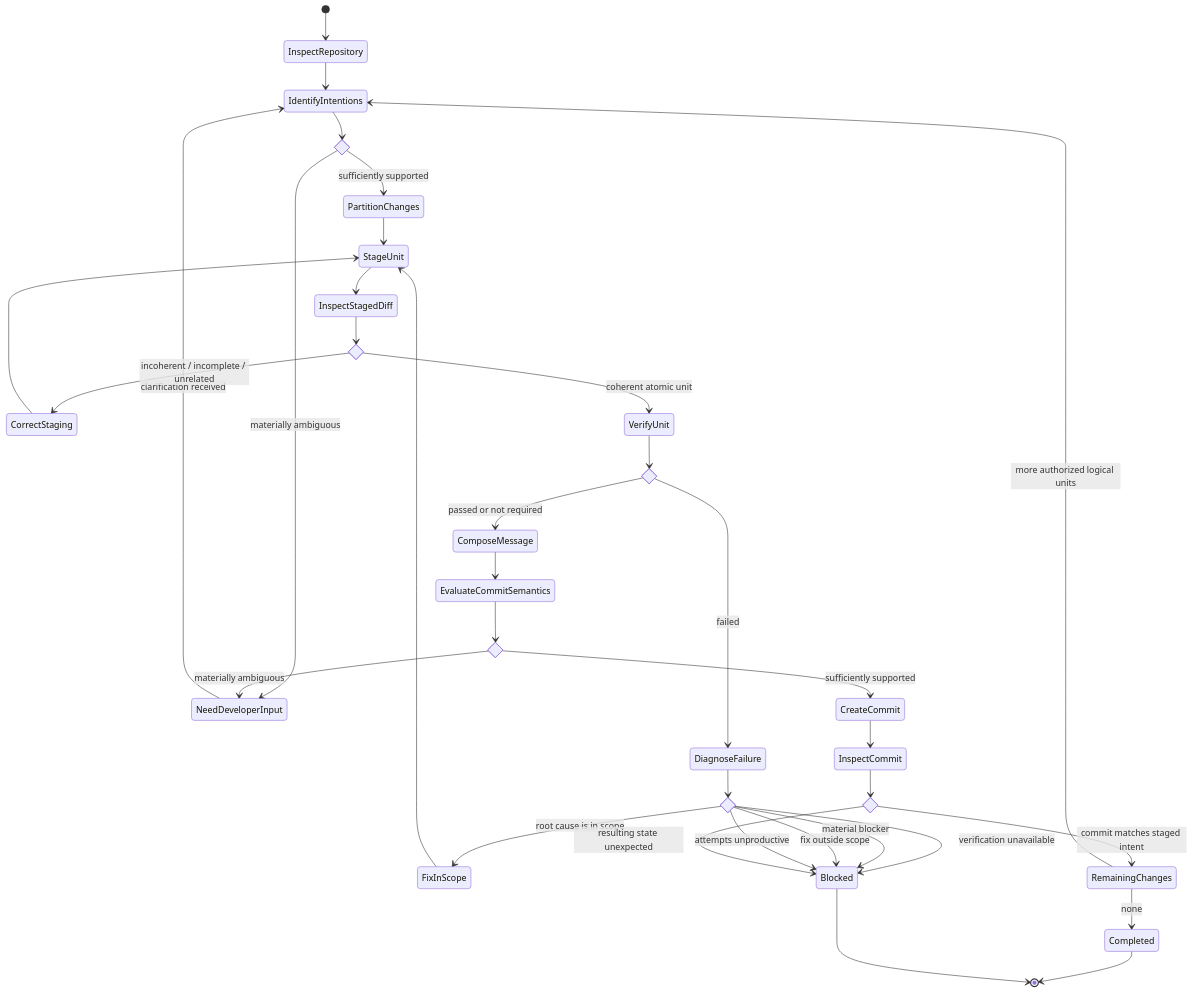
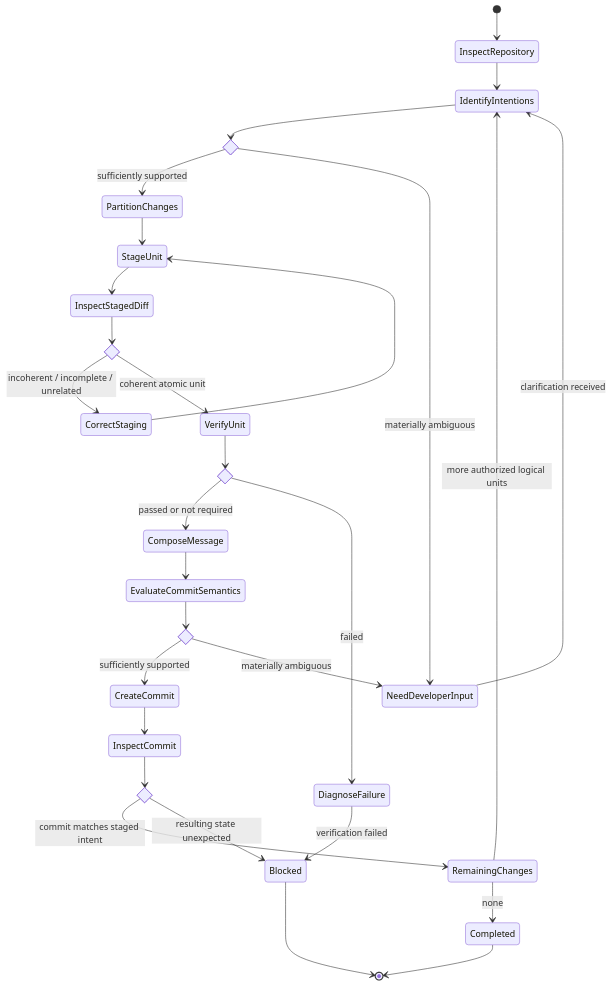
One commit to JadsonLucena/agent-toolkit changed the diagram in contexts/git/skills/create-semantic-commits/skill.md. Above: the diagram before and after it, drawn with Mermaid. The commit also changed other lines of this file, not shown here.

Commit message:
fix(git): prevent commit verification from editing changes

````diff
--- a/contexts/git/skills/create-semantic-commits/skill.md
+++ b/contexts/git/skills/create-semantic-commits/skill.md
@@ -21,55 +21,47 @@
 ```mermaid
 stateDiagram-v2
     [*] --> InspectRepository
     InspectRepository --> IdentifyIntentions
 
     state IntentEvidence <<choice>>
     IdentifyIntentions --> IntentEvidence
     IntentEvidence --> PartitionChanges: sufficiently supported
     IntentEvidence --> NeedDeveloperInput: materially ambiguous
     NeedDeveloperInput --> IdentifyIntentions: clarification received
 
     PartitionChanges --> StageUnit
     StageUnit --> InspectStagedDiff
 
     state StagedUnit <<choice>>
     InspectStagedDiff --> StagedUnit
     StagedUnit --> CorrectStaging: incoherent / incomplete / unrelated
     CorrectStaging --> StageUnit
     StagedUnit --> VerifyUnit: coherent atomic unit
 
     state Verification <<choice>>
     VerifyUnit --> Verification
     Verification --> ComposeMessage: passed or not required
     Verification --> DiagnoseFailure: failed
 
-    state CanProgress <<choice>>
-    DiagnoseFailure --> CanProgress
-    CanProgress --> FixInScope: root cause is in scope
-    CanProgress --> Blocked: verification unavailable
-    CanProgress --> Blocked: material blocker
-    CanProgress --> Blocked: fix outside scope
-    CanProgress --> Blocked: attempts unproductive
-
-    FixInScope --> StageUnit
+    DiagnoseFailure --> Blocked: verification failed
     ComposeMessage --> EvaluateCommitSemantics
 
     state CommitSemantics <<choice>>
     EvaluateCommitSemantics --> CommitSemantics
     CommitSemantics --> CreateCommit: sufficiently supported
     CommitSemantics --> NeedDeveloperInput: materially ambiguous
 
     CreateCommit --> InspectCommit
 
     state CommitValid <<choice>>
     InspectCommit --> CommitValid
     CommitValid --> RemainingChanges: commit matches staged intent
     CommitValid --> Blocked: resulting state unexpected
 
     state RemainingChanges <<choice>>
     RemainingChanges --> IdentifyIntentions: more authorized logical units
     RemainingChanges --> Completed: none
 
     Completed --> [*]
     Blocked --> [*]
 ```
````
